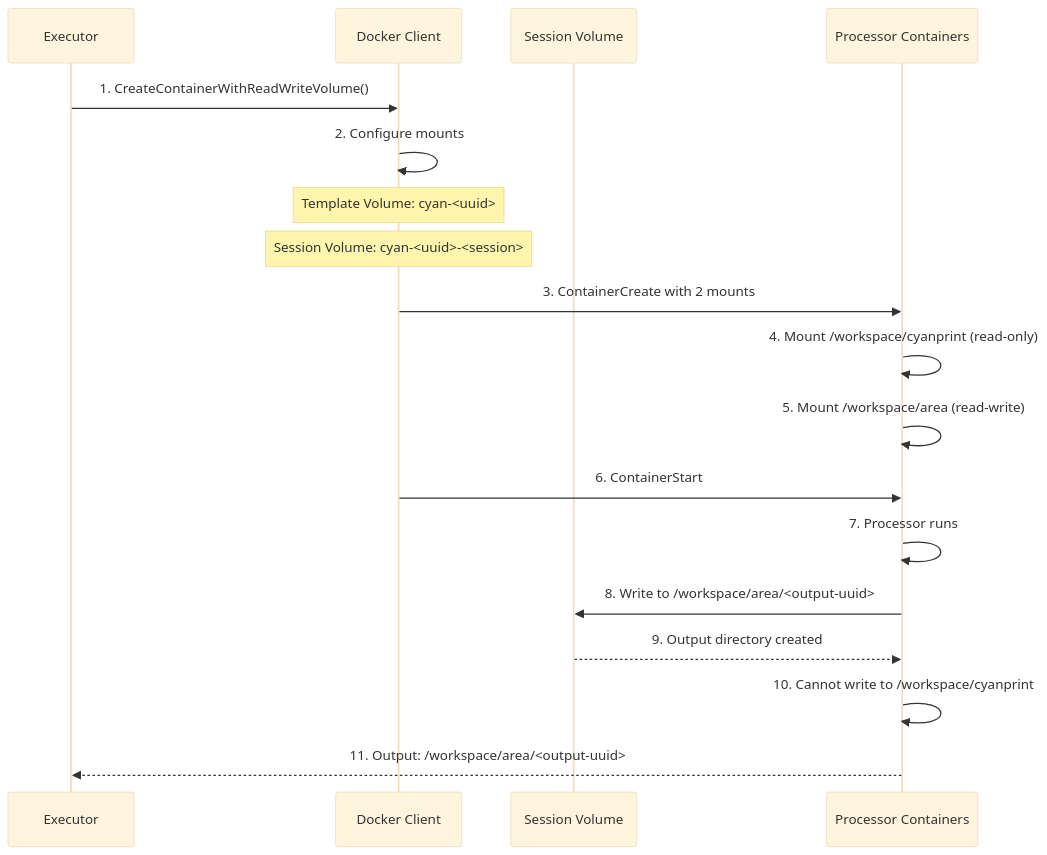
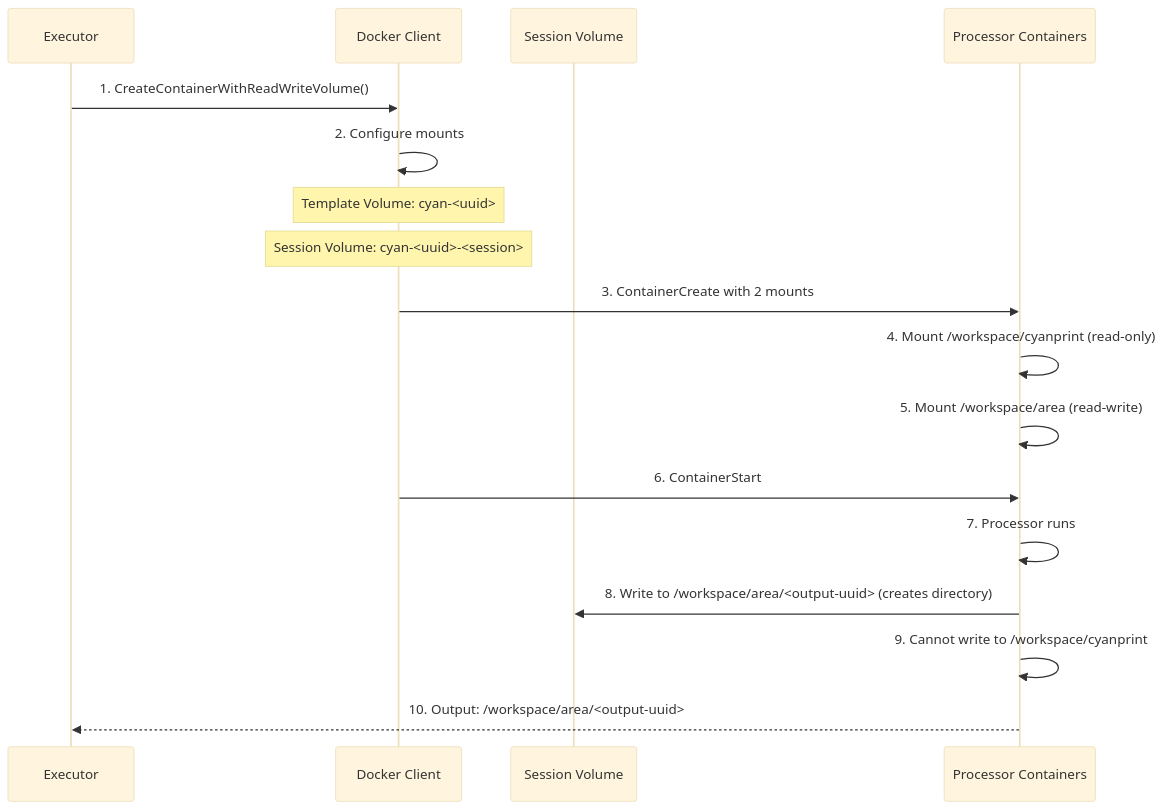
The second of 2 diagrams in docs/developer/features/04-processor-isolation.md (AtomiCloud/sulfone.boron), drawn with Mermaid (base theme) before and after one commit. The commit also changed other lines of this file and 27 other files, not shown here.

````diff
--- a/docs/developer/features/04-processor-isolation.md
+++ b/docs/developer/features/04-processor-isolation.md
@@ -52,26 +52,25 @@
 ```mermaid
 sequenceDiagram
     participant E as Executor
     participant D as Docker Client
     participant V as Session Volume
     participant P as Processor Containers
 
     E->>D: 1. CreateContainerWithReadWriteVolume()
     D->>D: 2. Configure mounts
 
     Note over D: Template Volume: cyan-<uuid>
     Note over D: Session Volume: cyan-<uuid>-<session>
 
     D->>P: 3. ContainerCreate with 2 mounts
     P->>P: 4. Mount /workspace/cyanprint (read-only)
     P->>P: 5. Mount /workspace/area (read-write)
 
     D->>P: 6. ContainerStart
     P->>P: 7. Processor runs
 
-    P->>V: 8. Write to /workspace/area/<output-uuid>
-    V-->>P: 9. Output directory created
+    P->>V: 8. Write to /workspace/area/<output-uuid> (creates directory)
 
-    P->>P: 10. Cannot write to /workspace/cyanprint
-    P-->>E: 11. Output: /workspace/area/<output-uuid>
+    P->>P: 9. Cannot write to /workspace/cyanprint
+    P-->>E: 10. Output: /workspace/area/<output-uuid>
 ```
````
